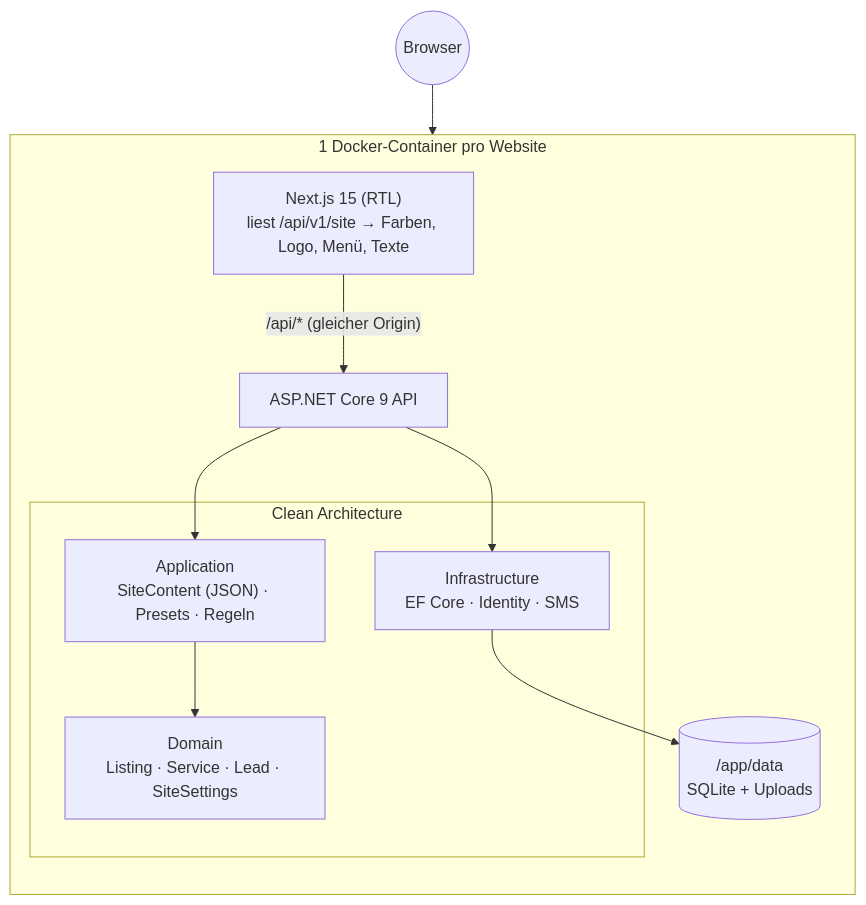
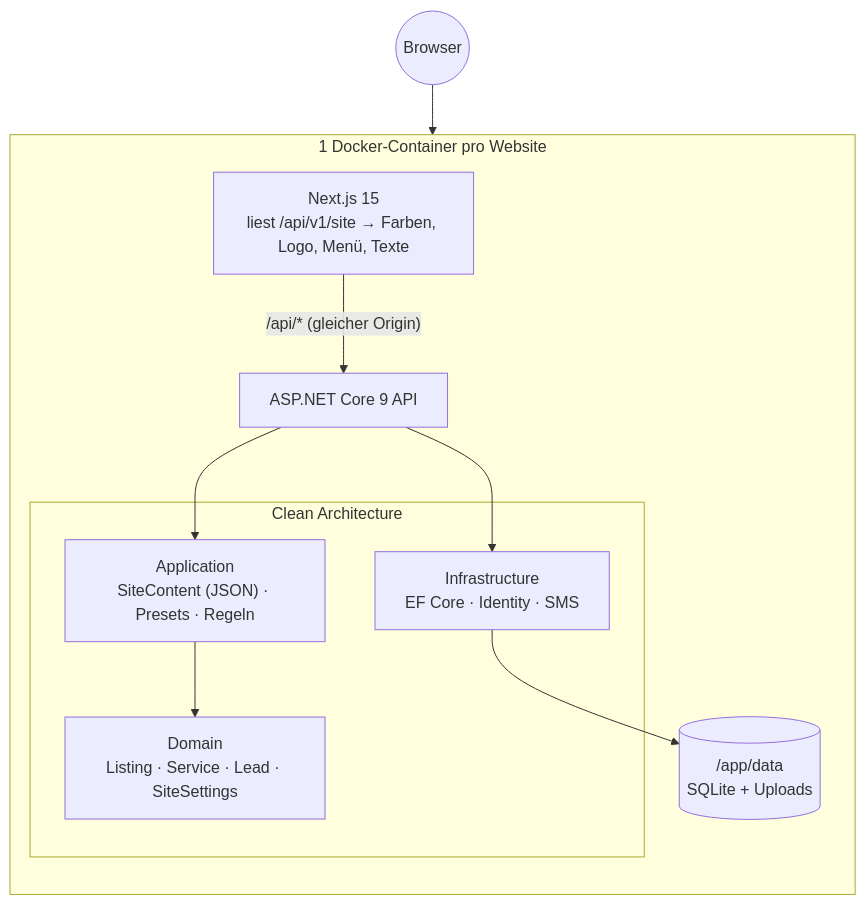
One commit to amirafshar2/CarShop changed the second of 2 diagrams in README.md. Above: the diagram before and after it, drawn with Mermaid. The commit also changed other lines of this file and 73 other files, not shown here.

````diff
--- a/README.md
+++ b/README.md
@@ -77,18 +79,18 @@
 ```mermaid
 flowchart TB
     subgraph Container["1 Docker-Container pro Website"]
         direction TB
-        WEB["Next.js 15 (RTL)<br/>liest /api/v1/site → Farben, Logo, Menü, Texte"]
+        WEB["Next.js 15<br/>liest /api/v1/site → Farben, Logo, Menü, Texte"]
         API["ASP.NET Core 9 API"]
         subgraph Clean["Clean Architecture"]
             DOM["Domain<br/>Listing · Service · Lead · SiteSettings"]
             APP["Application<br/>SiteContent (JSON) · Presets · Regeln"]
             INF["Infrastructure<br/>EF Core · Identity · SMS"]
         end
         DATA[("/app/data<br/>SQLite + Uploads")]
         WEB -- "/api/* (gleicher Origin)" --> API
         API --> APP --> DOM
         API --> INF --> DATA
     end
     Browser((Browser)) --> WEB
 ```
````
